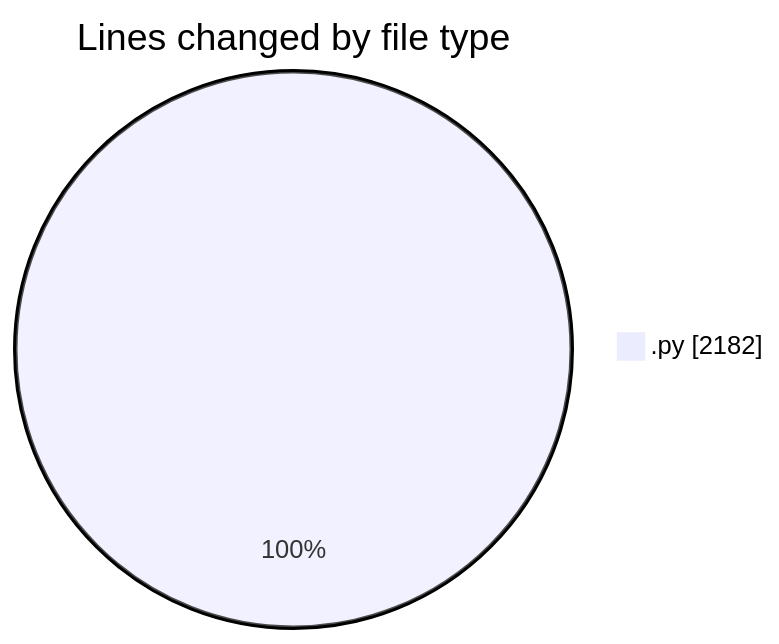
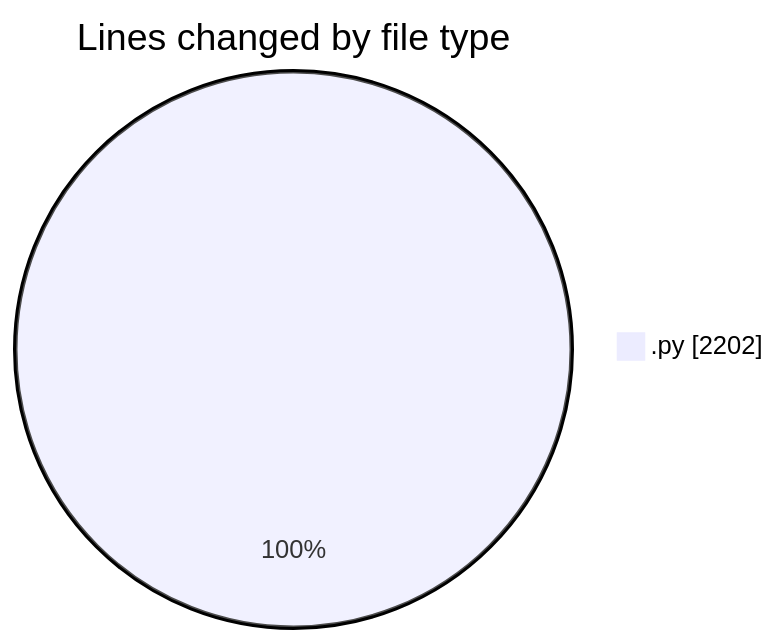
One commit to MatusMokan/code-tracking changed the first of 2 diagrams in 2025-04-12/myws__workspace_/README.md. Above: the diagram before and after it, drawn with Mermaid. The commit also changed other lines of this file and 1 other file, not shown here.

````diff
--- a/2025-04-12/myws__workspace_/README.md
+++ b/2025-04-12/myws__workspace_/README.md
@@ -22,5 +22,5 @@
 ```mermaid
 pie showData
 title Lines changed by file type
-".py" : 2182
+".py" : 2202
 ```
````
